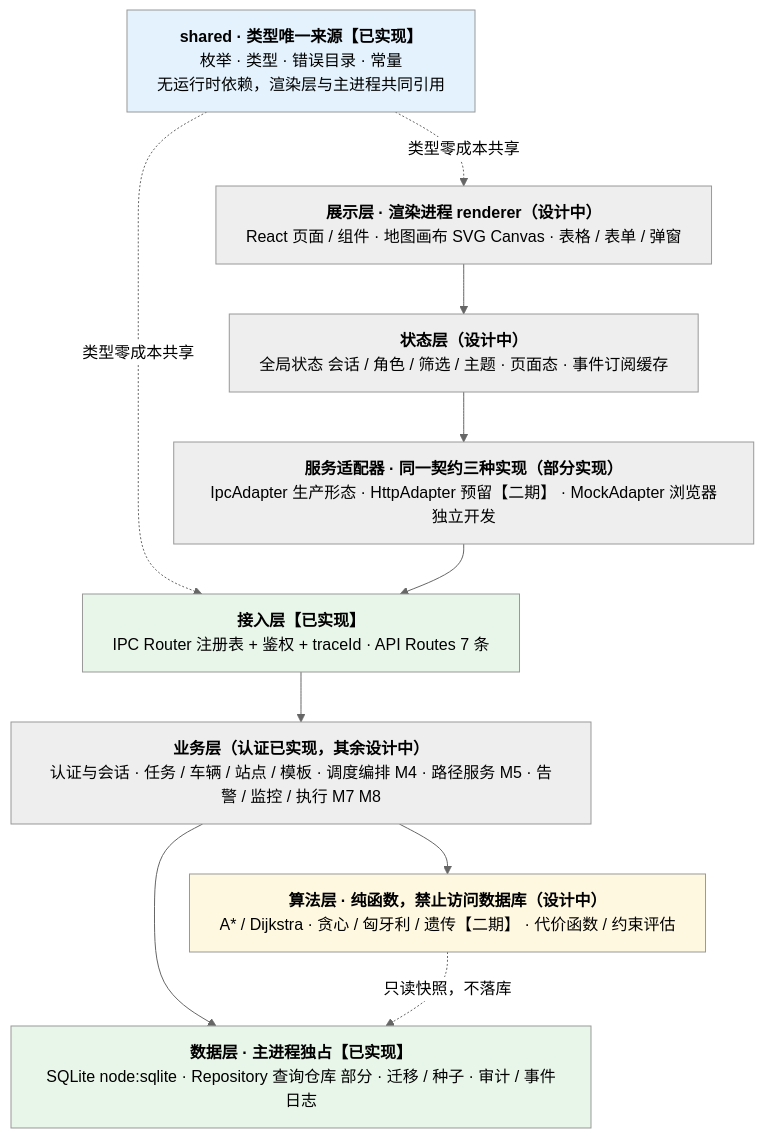
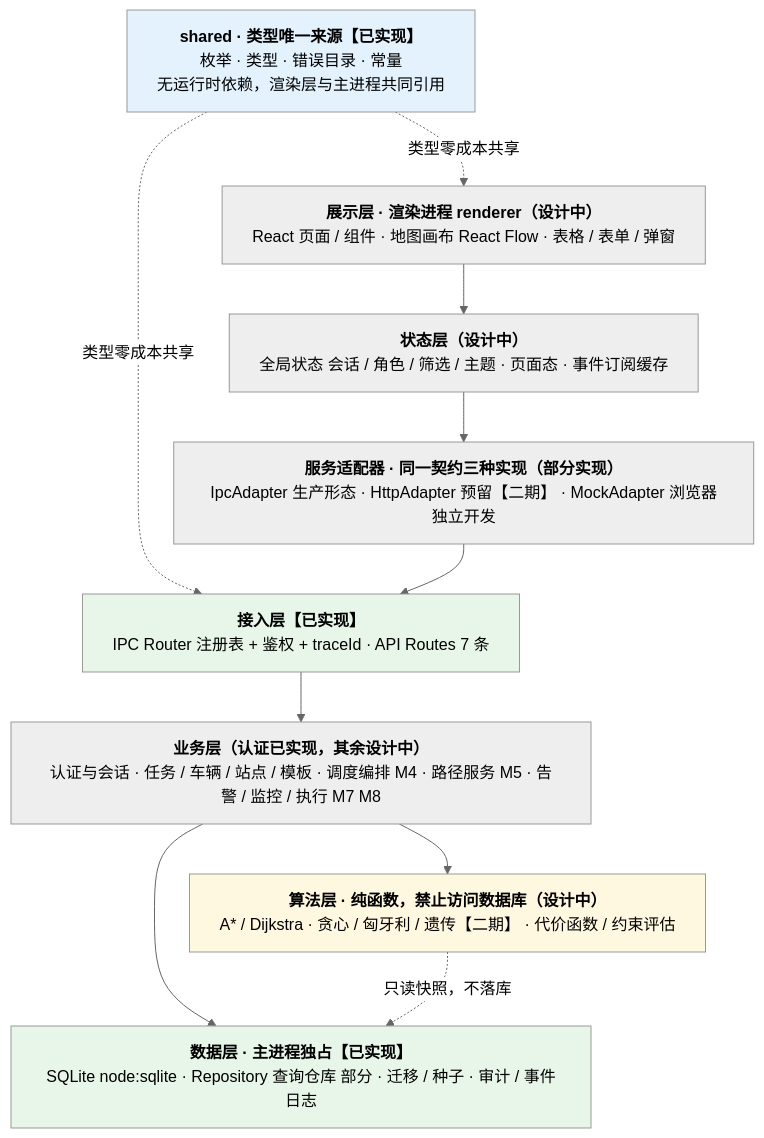
One commit to sunstflower/831 changed the first of 23 diagrams in docs/architecture.md. Above: the diagram before and after it, drawn with Mermaid (neutral theme). The commit also changed other lines of this file and 7 other files, not shown here.

````diff
--- a/docs/architecture.md
+++ b/docs/architecture.md
@@ -67,28 +67,28 @@
 ```mermaid
 ---
 config:
   flowchart:
     wrappingWidth: 520
 ---
 flowchart TB
   SH["<b>shared · 类型唯一来源【已实现】</b><br/>枚举 · 类型 · 错误目录 · 常量<br/>无运行时依赖，渲染层与主进程共同引用"]
-  UI["<b>展示层 · 渲染进程 renderer（设计中）</b><br/>React 页面 / 组件 · 地图画布 SVG Canvas · 表格 / 表单 / 弹窗"]
+  UI["<b>展示层 · 渲染进程 renderer（设计中）</b><br/>React 页面 / 组件 · 地图画布 React Flow · 表格 / 表单 / 弹窗"]
   ST["<b>状态层（设计中）</b><br/>全局状态 会话 / 角色 / 筛选 / 主题 · 页面态 · 事件订阅缓存"]
   ADP["<b>服务适配器 · 同一契约三种实现（部分实现）</b><br/>IpcAdapter 生产形态 · HttpAdapter 预留【二期】 · MockAdapter 浏览器独立开发"]
   GW["<b>接入层【已实现】</b><br/>IPC Router 注册表 + 鉴权 + traceId · API Routes 7 条"]
   BIZ["<b>业务层（认证已实现，其余设计中）</b><br/>认证与会话 · 任务 / 车辆 / 站点 / 模板 · 调度编排 M4 · 路径服务 M5 · 告警 / 监控 / 执行 M7 M8"]
   ALG["<b>算法层 · 纯函数，禁止访问数据库（设计中）</b><br/>A* / Dijkstra · 贪心 / 匈牙利 / 遗传【二期】 · 代价函数 / 约束评估"]
   DATA["<b>数据层 · 主进程独占【已实现】</b><br/>SQLite node:sqlite · Repository 查询仓库 部分 · 迁移 / 种子 · 审计 / 事件日志"]
 
   SH -. 类型零成本共享 .-> UI
   SH -. 类型零成本共享 .-> GW
   UI --> ST --> ADP --> GW --> BIZ
   BIZ --> ALG
   BIZ --> DATA
   ALG -. 只读快照，不落库 .-> DATA
 
   style SH fill:#e3f2fd
   style GW fill:#e8f5e9
   style DATA fill:#e8f5e9
   style ALG fill:#fff8e1
 ```
````
